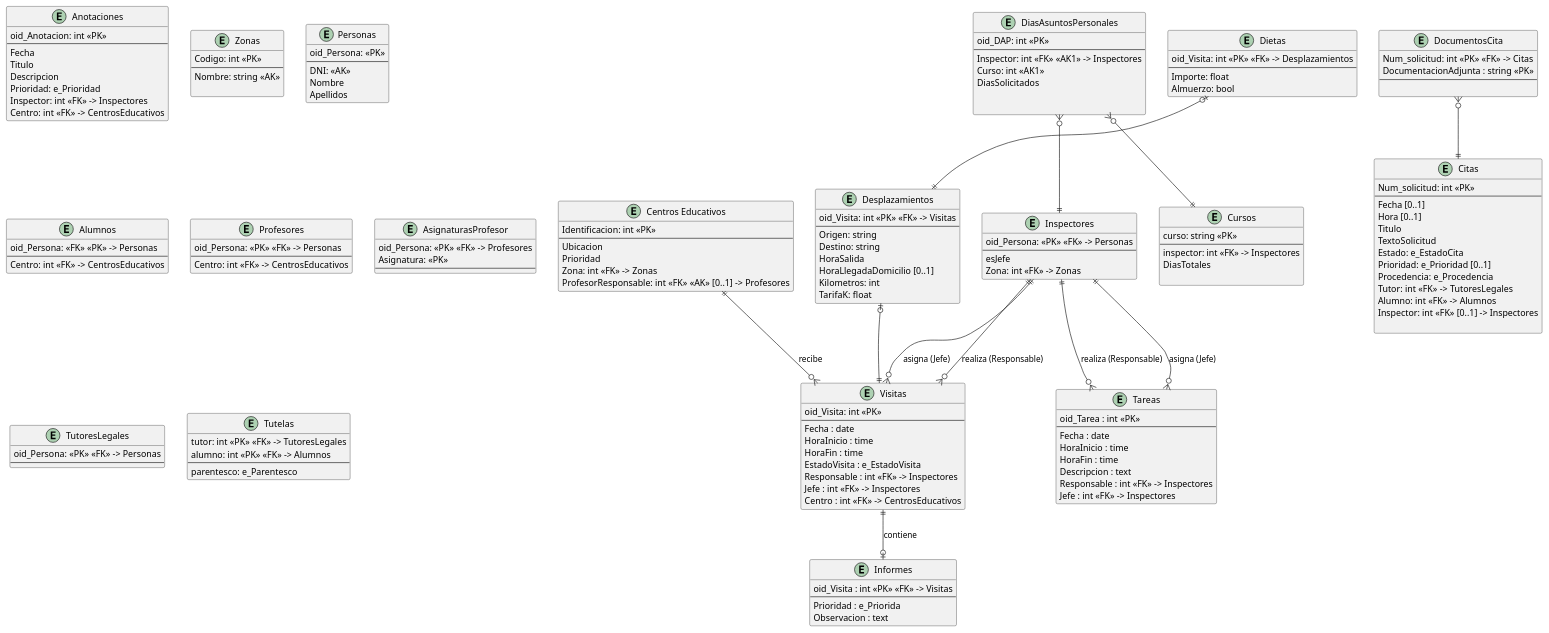
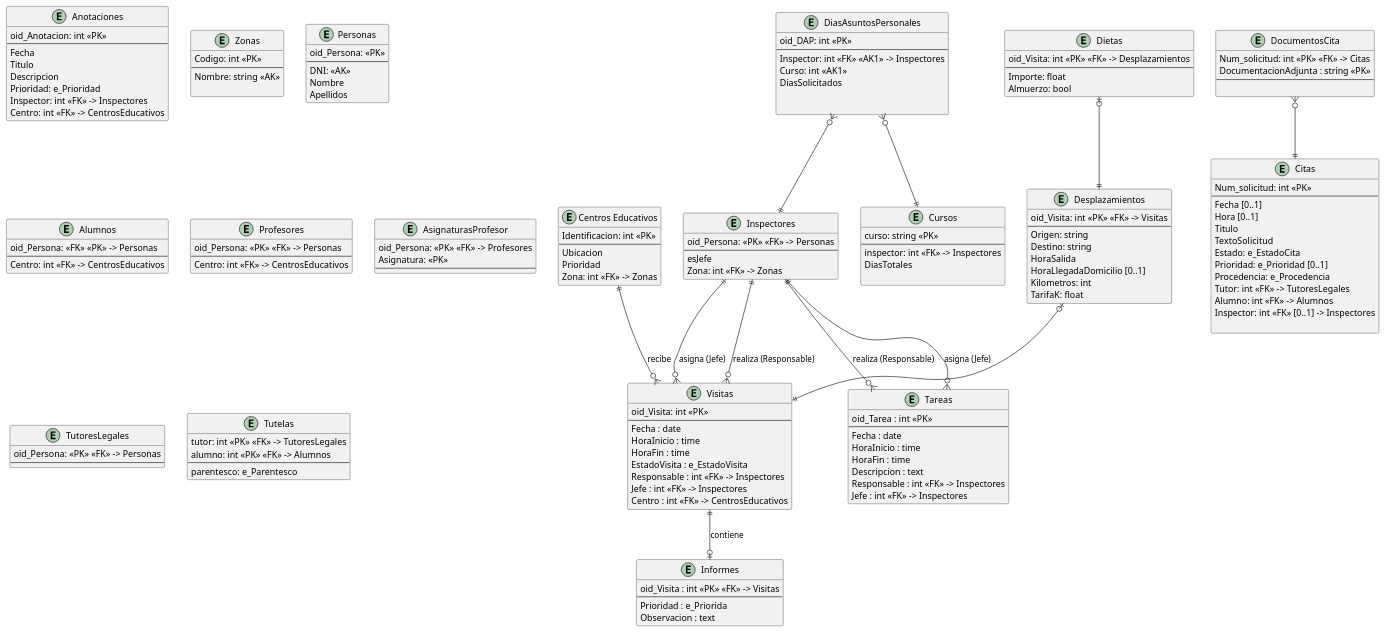
One commit to lorenzomaranon/ProyectoBD_Inspeccion_Educativa changed the diagram in modelado/modelado_relacional.puml. Above: the diagram before and after it, drawn with PlantUML.

Commit message:
Elimina el atributo ProfesorResponsable en la clase centro para evitar compatibilidad con Profesores

```diff
--- a/modelado/modelado_relacional.puml
+++ b/modelado/modelado_relacional.puml
@@ -1,191 +1,190 @@
 @startuml modelado_relacional
 hide methods
 skinparam ClassAttributeIconSize 0
 
 
 entity "Centros Educativos" as CentrosEducativos {
     Identificacion: int <<PK>>
     --
     Ubicacion
     Prioridad
     Zona: int <<FK>> -> Zonas
-    ProfesorResponsable: int <<FK>> <<AK>> [0..1] -> Profesores
 }
 
 
 entity DocumentosCita {
     Num_solicitud: int <<PK>> <<FK>> -> Citas
     DocumentacionAdjunta : string <<PK>>
     --
      
 }
 entity Citas {
     Num_solicitud: int <<PK>> 
     --
     Fecha [0..1]
     Hora [0..1]
     Titulo
     TextoSolicitud
     Estado: e_EstadoCita
     Prioridad: e_Prioridad [0..1]
     Procedencia: e_Procedencia
     Tutor: int <<FK>> -> TutoresLegales
     Alumno: int <<FK>> -> Alumnos
     Inspector: int <<FK>> [0..1] -> Inspectores
 
 }
 
 entity Anotaciones {
     oid_Anotacion: int <<PK>>
     --
     Fecha
     Titulo
     Descripcion
     Prioridad: e_Prioridad
     Inspector: int <<FK>> -> Inspectores
     Centro: int <<FK>> -> CentrosEducativos
 }
 
 
 
 entity Visitas {
     oid_Visita: int <<PK>>
     --
     Fecha : date
     HoraInicio : time
     HoraFin : time
     EstadoVisita : e_EstadoVisita
     Responsable : int <<FK>> -> Inspectores
     Jefe : int <<FK>> -> Inspectores
     Centro : int <<FK>> -> CentrosEducativos
 }
 
 entity Informes {
     oid_Visita : int <<PK>> <<FK>> -> Visitas
     --
     Prioridad : e_Priorida
     Observacion : text
 }
 
 entity Tareas {
     oid_Tarea : int <<PK>>
     --
     Fecha : date
     HoraInicio : time
     HoraFin : time
     Descripcion : text
     Responsable : int <<FK>> -> Inspectores
     Jefe : int <<FK>> -> Inspectores
 }
 
 
 
 entity Zonas {
     Codigo: int <<PK>>
     --
     Nombre: string <<AK>>
     
 }
 
 entity Personas {
     oid_Persona: <<PK>>
     --
     DNI: <<AK>>
     Nombre
     Apellidos
 }
 
 entity Inspectores {
     oid_Persona: <<PK>> <<FK>> -> Personas
     --
     esJefe
     Zona: int <<FK>> -> Zonas
 }
 entity Alumnos {
     oid_Persona: <<FK>> <<PK>> -> Personas
     --
     Centro: int <<FK>> -> CentrosEducativos
 }
 
 entity Profesores {
     oid_Persona: <<PK>> <<FK>> -> Personas
     --
     Centro: int <<FK>> -> CentrosEducativos
 }
 
 entity AsignaturasProfesor {
     oid_Persona: <<PK>> <<FK>> -> Profesores
     Asignatura: <<PK>>
     --
 }
 
 entity TutoresLegales {
     oid_Persona: <<PK>> <<FK>> -> Personas
     --
 }
 
 entity Tutelas {
     tutor: int <<PK>> <<FK>> -> TutoresLegales
     alumno: int <<PK>> <<FK>> -> Alumnos
     --
     parentesco: e_Parentesco
 }
 
 Inspectores ||--o{ Visitas : realiza (Responsable)
 Inspectores ||--o{ Visitas : asigna (Jefe)
 Inspectores ||--o{ Tareas : realiza (Responsable)
 Inspectores ||--o{ Tareas : asigna (Jefe)
 CentrosEducativos ||--o{ Visitas : recibe
 Visitas ||--o| Informes : contiene
 
 
 entity Desplazamientos {
     oid_Visita: int <<PK>> <<FK>> -> Visitas
     --
     Origen: string
     Destino: string
     HoraSalida
     HoraLlegadaDomicilio [0..1]
     Kilometros: int
     TarifaK: float
 }
 
 
 entity Dietas {
     oid_Visita: int <<PK>> <<FK>> -> Desplazamientos
     --
     Importe: float
     Almuerzo: bool
 }
 
 
 Desplazamientos |o--||Visitas
 Dietas |o--||Desplazamientos
 
 
 entity DiasAsuntosPersonales {
     oid_DAP: int <<PK>>
     --
     Inspector: int <<FK>> <<AK1>> -> Inspectores
     Curso: int <<AK1>>
     DiasSolicitados
     
     
 }
 
 
 entity Cursos {
     curso: string <<PK>>
     --
     inspector: int <<FK>> -> Inspectores
     DiasTotales
 
 }
 
 DiasAsuntosPersonales }o--||Cursos
 DiasAsuntosPersonales }o--||Inspectores
 
 '------- ASOCIACIONES --------------------------------------
 DocumentosCita }o--|| Citas
 
 @enduml
```
